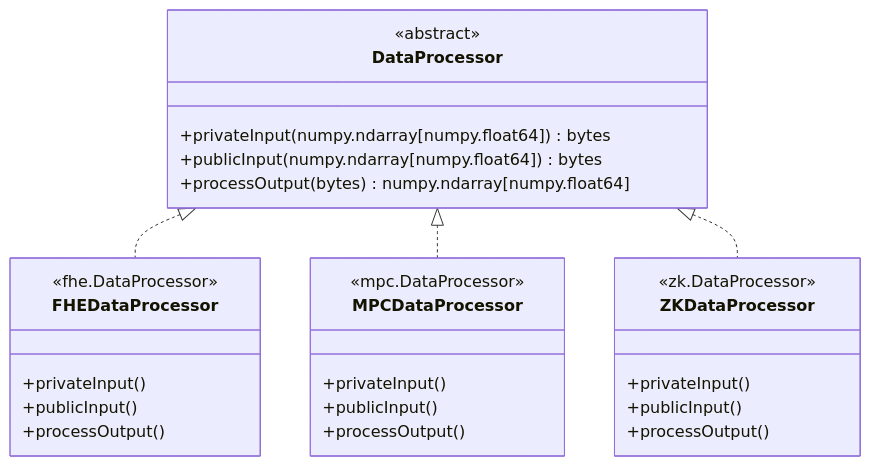
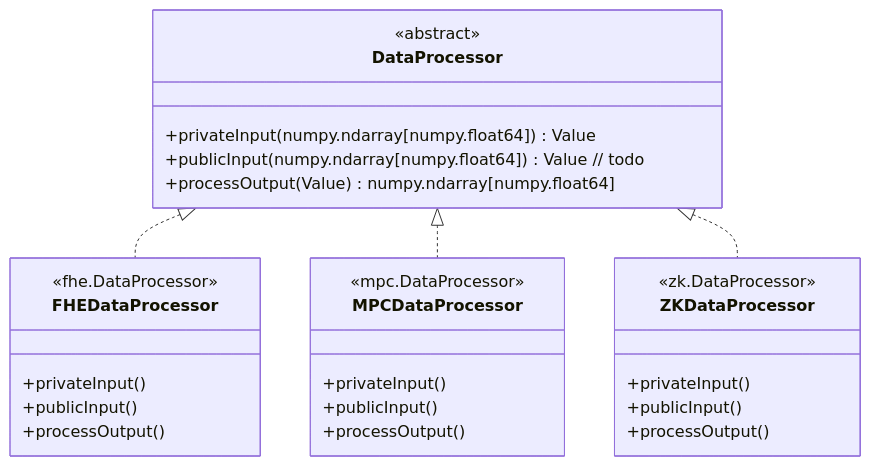
Before and after one commit to primus-labs/Aegis: the fifth of 8 diagrams in docs/design/binding.md, drawn with Mermaid. The commit also changed other lines of this file, not shown here.

````diff
--- a/docs/design/binding.md
+++ b/docs/design/binding.md
@@ -144,33 +162,33 @@
 ```mermaid {align="center"}
 classDiagram
   class DataProcessor {
     <<abstract>>
-    +privateInput(numpy.ndarray[numpy.float64]) bytes
-    +publicInput(numpy.ndarray[numpy.float64]) bytes
-    +processOutput(bytes) numpy.ndarray[numpy.float64]
+    +privateInput(numpy.ndarray[numpy.float64]) Value
+    +publicInput(numpy.ndarray[numpy.float64]) Value // todo
+    +processOutput(Value) numpy.ndarray[numpy.float64]
   }
   
   DataProcessor <|.. FHEDataProcessor
   class FHEDataProcessor {
     <<fhe.DataProcessor>>
     +privateInput()
     +publicInput()
     +processOutput()
   }
   
   DataProcessor <|.. MPCDataProcessor
   class MPCDataProcessor {
     <<mpc.DataProcessor>>
     +privateInput()
     +publicInput()
     +processOutput()
   }
   
   DataProcessor <|.. ZKDataProcessor
   class ZKDataProcessor {
     <<zk.DataProcessor>>
     +privateInput()
     +publicInput()
     +processOutput()
   }
 ```
````
